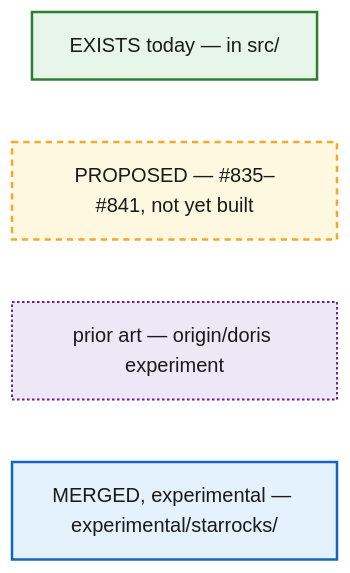
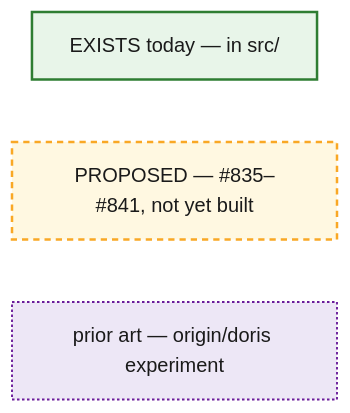
The first of 11 diagrams in experimental/starrocks/docs/exchange-design.md (sirius-db/sirius), drawn with Mermaid before and after one commit. The commit also changed other lines of this file, not shown here.

First line of the commit message:
docs(starrocks): drop volatile status (issue table and merged shade)

````diff
--- a/experimental/starrocks/docs/exchange-design.md
+++ b/experimental/starrocks/docs/exchange-design.md
@@ -15,11 +15,9 @@
 ```mermaid
 flowchart LR
   l1["EXISTS today — in src/"]:::exists
   l2["PROPOSED — #835–#841, not yet built"]:::proposed
   l3["prior art — origin/doris experiment"]:::priorart
-  l4["MERGED, experimental — experimental/starrocks/"]:::merged
   classDef exists fill:#e8f5e9,stroke:#2e7d32,stroke-width:2px,color:#1a1a1a;
   classDef proposed fill:#fff8e1,stroke:#f9a825,stroke-width:2px,stroke-dasharray:5 4,color:#1a1a1a;
   classDef priorart fill:#ede7f6,stroke:#6a1b9a,stroke-width:1.5px,stroke-dasharray:2 2,color:#1a1a1a;
-  classDef merged fill:#e3f2fd,stroke:#1565c0,stroke-width:2px,color:#1a1a1a;
 ```
````
